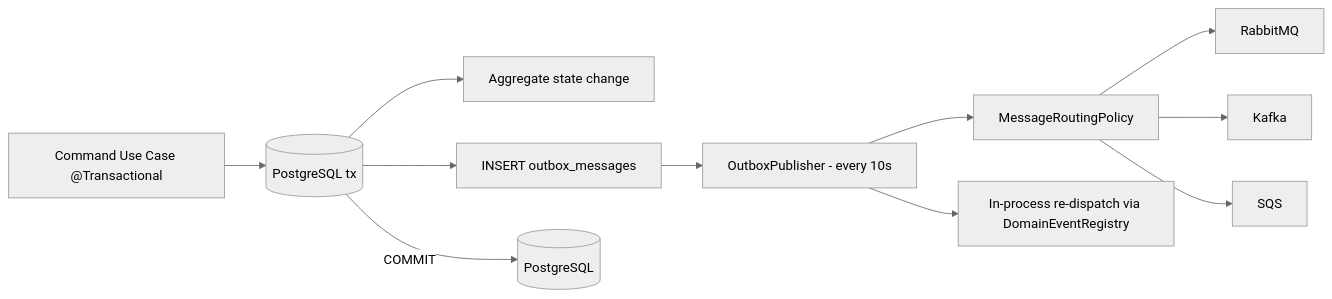
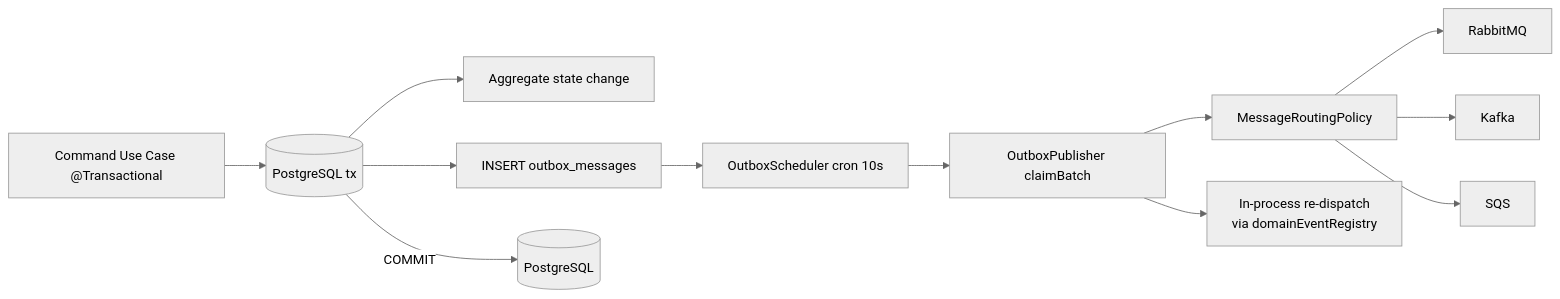
The third of 3 diagrams in ARCHITECTURE.md (ashrafemon/ddd-boilerplate), drawn with Mermaid (neutral theme) before and after one commit. The commit also changed other lines of this file and 6 other files, not shown here.

First line of the commit message:
feat(platform): add queue infrastructure and update architecture docs

````diff
--- a/ARCHITECTURE.md
+++ b/ARCHITECTURE.md
@@ -445,13 +488,14 @@
 ```mermaid
 flowchart LR
     UC[Command Use Case @Transactional] --> UOW[(PostgreSQL tx)]
     UOW --> AGG[Aggregate state change]
     UOW --> OUT[INSERT outbox_messages]
     UOW -->|COMMIT| DB[(PostgreSQL)]
-    OUT --> PUB[OutboxPublisher - every 10s]
+    OUT --> SCHED[OutboxScheduler cron 10s]
+    SCHED --> PUB[OutboxPublisher claimBatch]
     PUB --> ROUTE[MessageRoutingPolicy]
     ROUTE --> RMQ[RabbitMQ]
     ROUTE --> KAFKA[Kafka]
     ROUTE --> SQS[SQS]
-    PUB --> BUS[In-process re-dispatch via DomainEventRegistry]
+    PUB --> BUS[In-process re-dispatch<br/>via domainEventRegistry]
 ```
````
